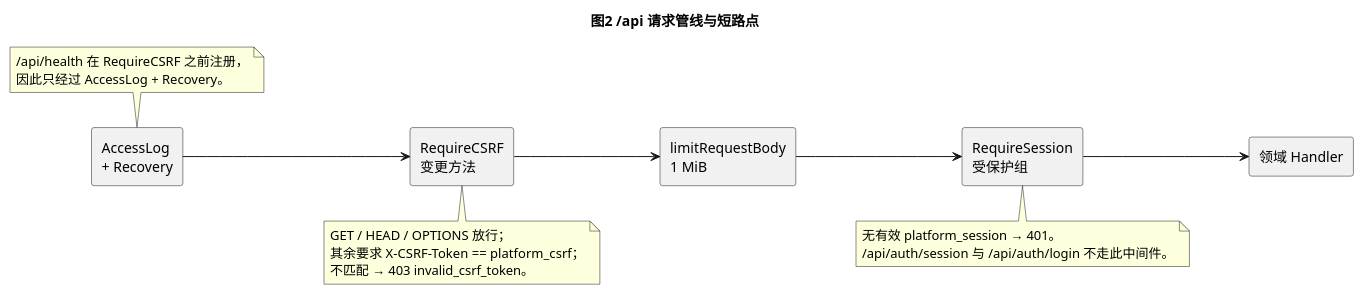
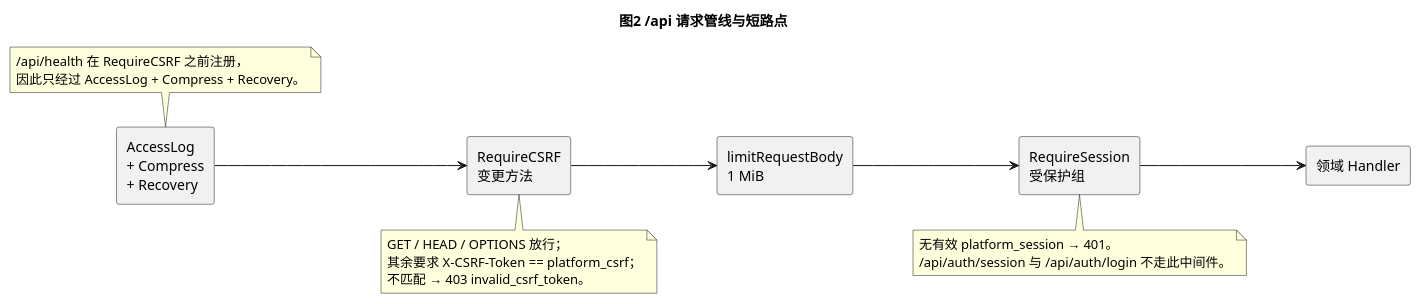
Before and after one commit to nickdevelop/dev_platform: the second of 5 diagrams in docs/api/backend-api-inventory.md, drawn with PlantUML. The commit also changed other lines of this file and 4 other files, not shown here.

````diff
--- a/docs/api/backend-api-inventory.md
+++ b/docs/api/backend-api-inventory.md
@@ -74,35 +74,35 @@
 ```plantuml
 @startuml
 title 图2 /api 请求管线与短路点
 
 skinparam componentStyle rectangle
 left to right direction
 
-[AccessLog\n+ Recovery] as L
+[AccessLog\n+ Compress\n+ Recovery] as L
 [RequireCSRF\n变更方法] as C
 [limitRequestBody\n1 MiB] as B
 [RequireSession\n受保护组] as S
 [领域 Handler] as H
 
 L --> C
 C --> B
 B --> S
 S --> H
 
 note bottom of C
   GET / HEAD / OPTIONS 放行；
   其余要求 X-CSRF-Token == platform_csrf；
   不匹配 → 403 invalid_csrf_token。
 end note
 
 note bottom of S
   无有效 platform_session → 401。
   /api/auth/session 与 /api/auth/login 不走此中间件。
 end note
 
 note top of L
   /api/health 在 RequireCSRF 之前注册，
-  因此只经过 AccessLog + Recovery。
+  因此只经过 AccessLog + Compress + Recovery。
 end note
 @enduml
 ```
````
